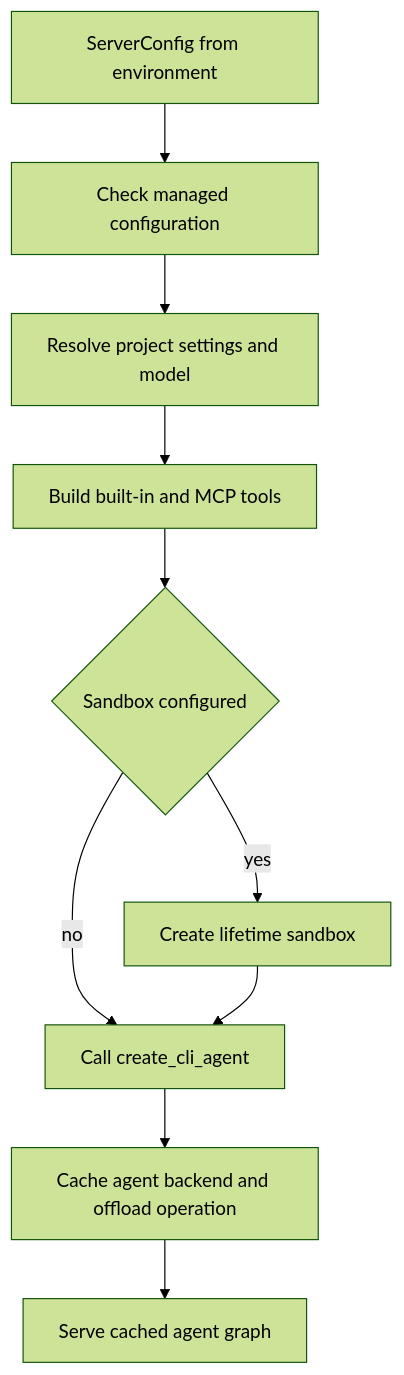
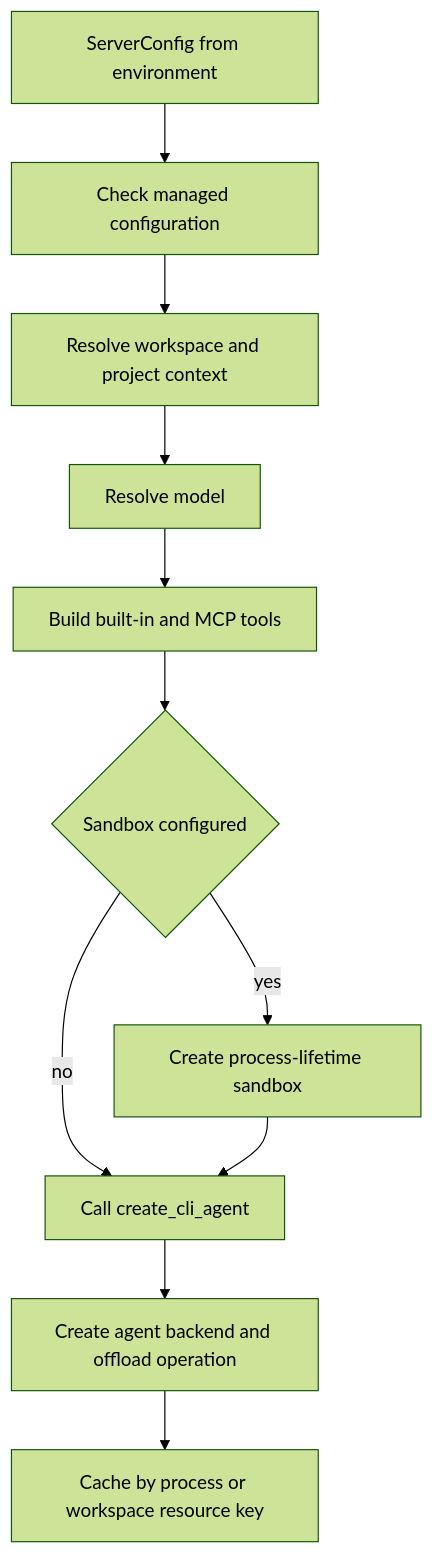
Before and after one commit to langchain-ai/deepagents: the second of 2 diagrams in openwiki/architecture/code-agent.md, drawn with Mermaid (forest theme). The commit also changed other lines of this file and 39 other files, not shown here.

````diff
--- a/openwiki/architecture/code-agent.md
+++ b/openwiki/architecture/code-agent.md
@@ -142,12 +94,13 @@
 ```mermaid
 flowchart TD
-    Config["ServerConfig from environment"] --> Policy["Check managed configuration"]
-    Policy --> Resolve["Resolve project settings and model"]
-    Resolve --> Tools["Build built-in and MCP tools"]
+    Input["ServerConfig from environment"] --> Policy["Check managed configuration"]
+    Policy --> Context["Resolve workspace and project context"]
+    Context --> Model["Resolve model"]
+    Model --> Tools["Build built-in and MCP tools"]
     Tools --> Sandbox{"Sandbox configured"}
-    Sandbox -->|yes| CreateSandbox["Create lifetime sandbox"]
+    Sandbox -->|yes| CreateSandbox["Create process-lifetime sandbox"]
     Sandbox -->|no| Assemble["Call create_cli_agent"]
     CreateSandbox --> Assemble
-    Assemble --> Runtime["Cache agent backend and offload operation"]
-    Runtime --> Graph["Serve cached agent graph"]
+    Assemble --> Runtime["Create agent backend and offload operation"]
+    Runtime --> Cache["Cache by process or workspace resource key"]
 ```
````
